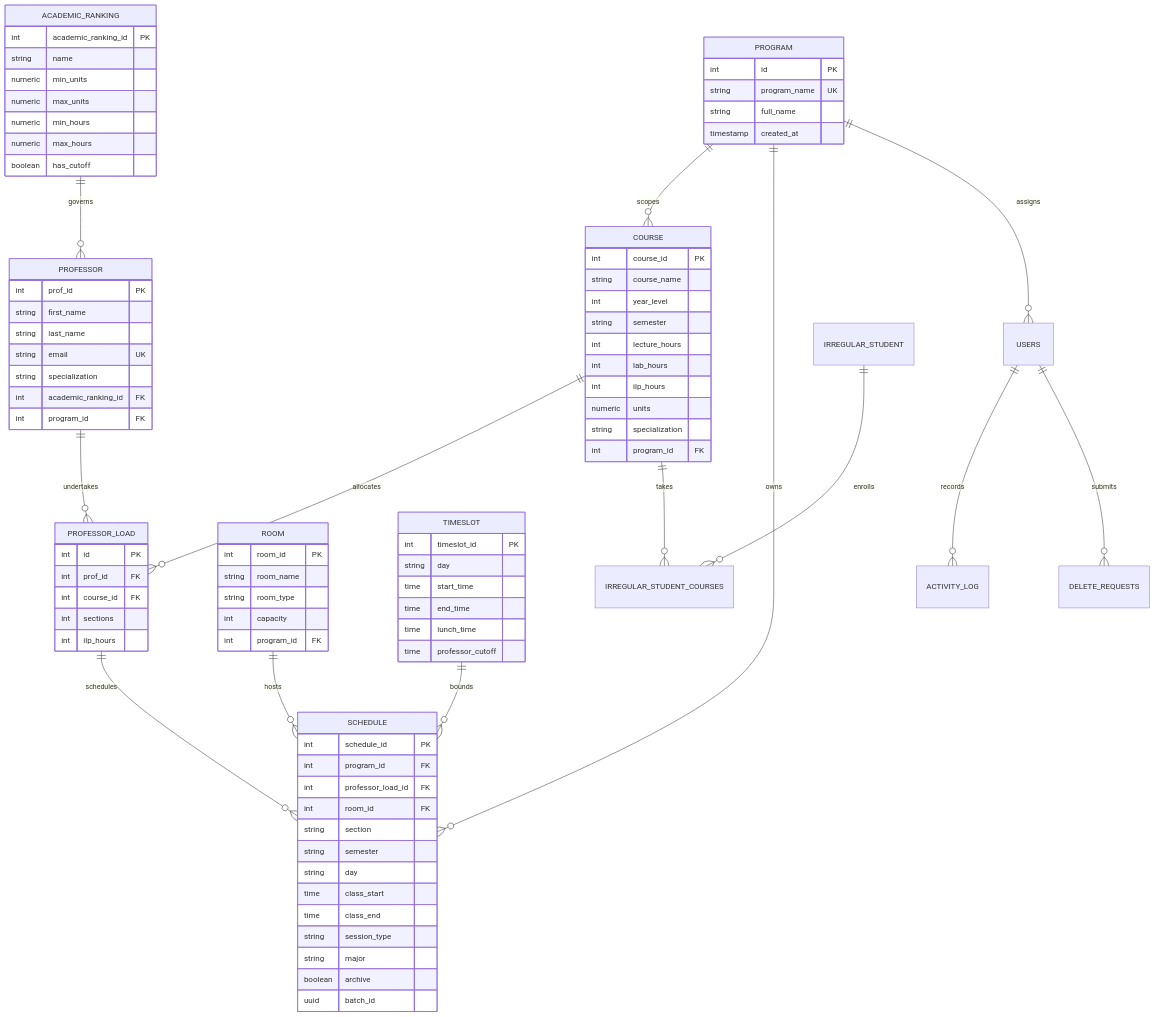
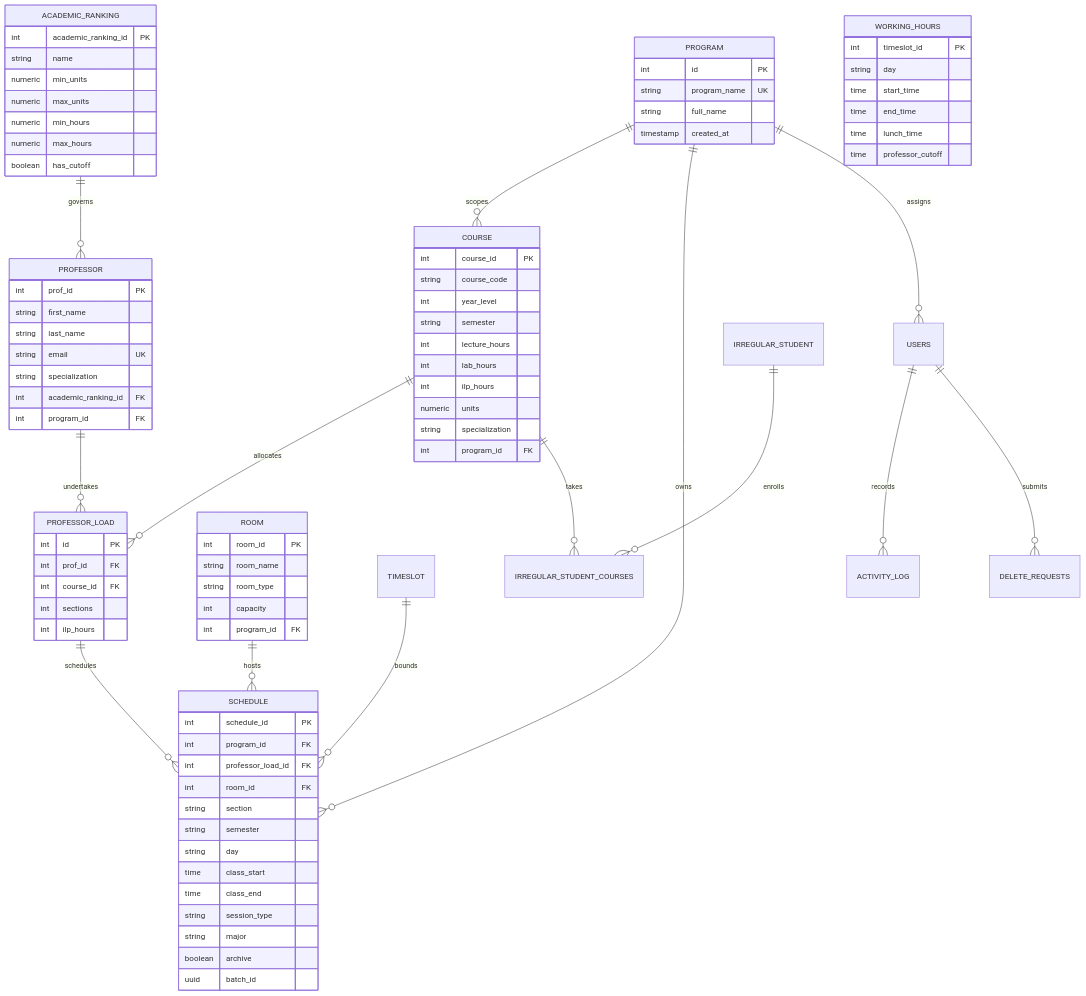
Before and after one commit to YANAMI03/ClassScheduling: the third of 5 diagrams in PRD.md, drawn with Mermaid. The commit also changed other lines of this file and 93 other files, not shown here.

```diff
--- a/PRD.md
+++ b/PRD.md
@@ -249,7 +249,7 @@
 
     COURSE {
         int course_id PK
-        string course_name
+        string course_code
         int year_level
         string semester
         int lecture_hours
@@ -276,7 +276,7 @@
         int program_id FK
     }
 
-    TIMESLOT {
+    WORKING_HOURS {
         int timeslot_id PK
         string day
         time start_time
```
